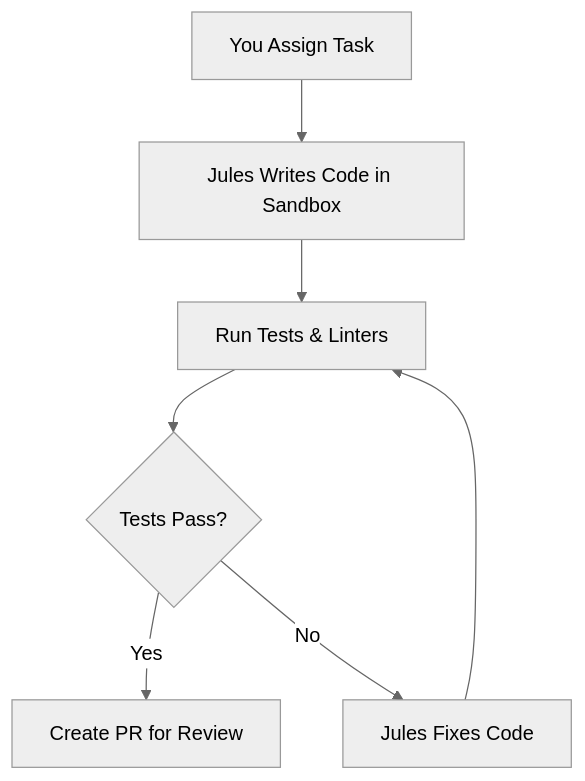
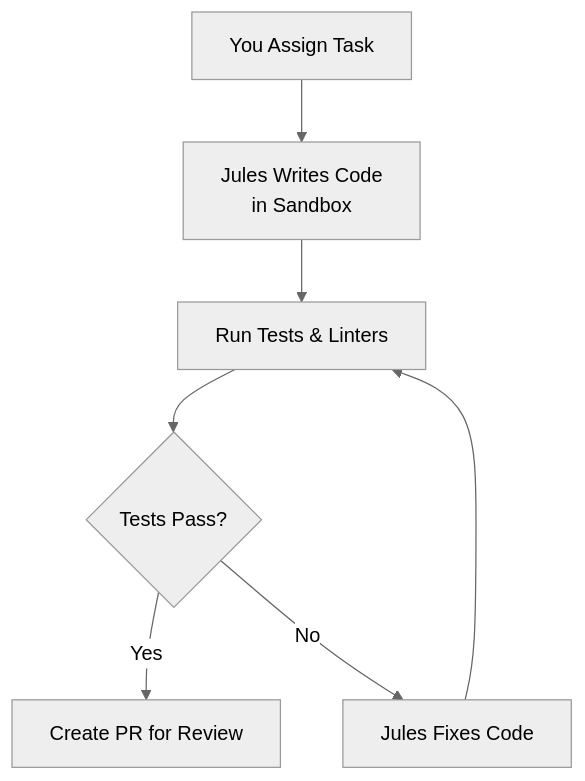
The first of 2 diagrams in README.md (FullThrottle83/jules-orchestrator-kit), drawn with Mermaid (neutral theme) before and after one commit.

Commit message:
docs: fix mermaid node formatting to prevent sandbox text truncation

````diff
--- a/README.md
+++ b/README.md
@@ -71,9 +71,9 @@
 ```mermaid
 graph TD
-    A[You Assign Task] --> B[Jules Writes Code in Sandbox]
-    B --> C[Run Tests & Linters]
-    C --> D{Tests Pass?}
-    D -->|Yes| E[Create PR for Review]
-    D -->|No| F[Jules Fixes Code]
+    A["You Assign Task"] --> B["Jules Writes Code<br/>in Sandbox"]
+    B --> C["Run Tests & Linters"]
+    C --> D{"Tests Pass?"}
+    D -->|Yes| E["Create PR for Review"]
+    D -->|No| F["Jules Fixes Code"]
     F --> C
 ```
````
